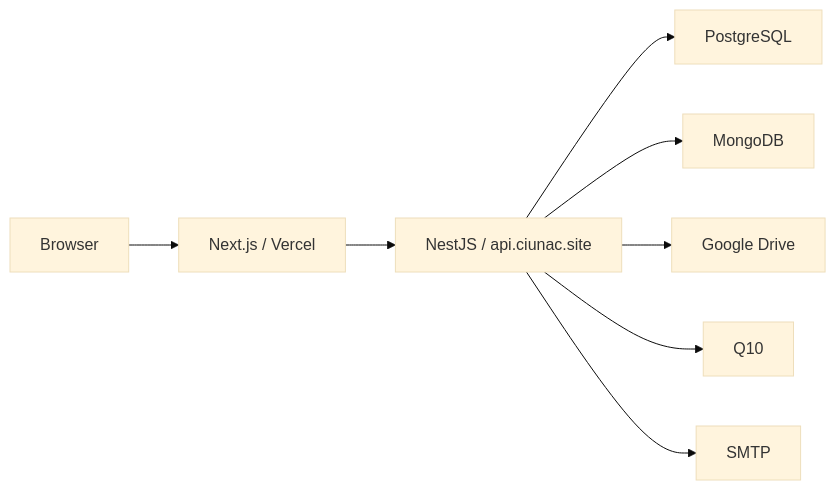
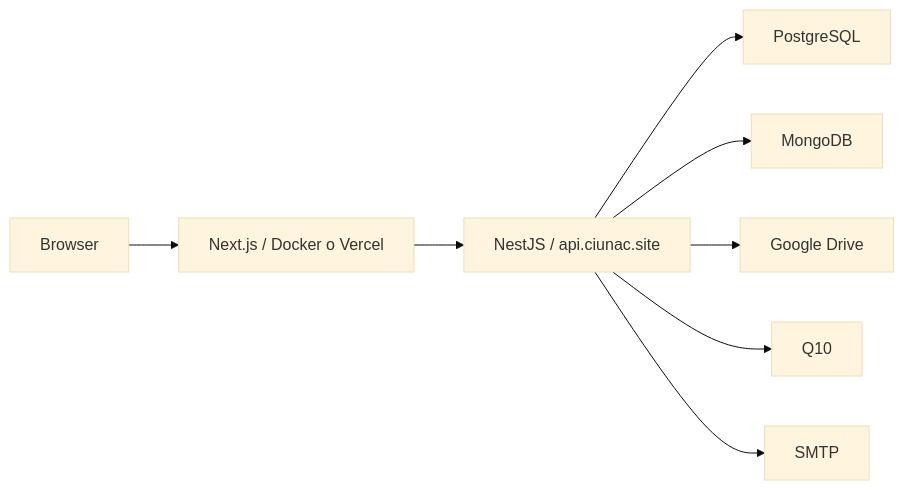
Before and after one commit to luismiguelgs/ciunac-admin-2: the first of 2 diagrams in docs/15-deployment.md, drawn with Mermaid (base theme). The commit also changed other lines of this file and 35 other files, not shown here.

````diff
--- a/docs/15-deployment.md
+++ b/docs/15-deployment.md
@@ -5,10 +5,10 @@
 ```mermaid
 flowchart LR
-    U["Browser"] --> V["Next.js / Vercel"]
+    U["Browser"] --> V["Next.js / Docker o Vercel"]
     V --> API["NestJS / api.ciunac.site"]
     API --> PG["PostgreSQL"]
     API --> MG["MongoDB"]
     API --> GD["Google Drive"]
     API --> Q10["Q10"]
     API --> MAIL["SMTP"]
 ```
````
